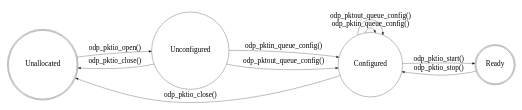
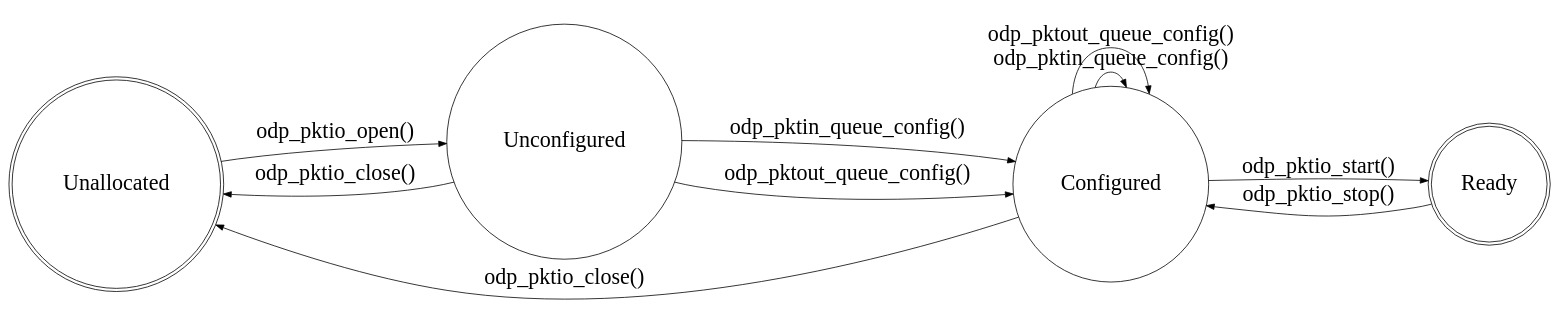
Before and after one commit to OpenDataPlane/odp: the diagram in doc/images/pktio_fsm.gv, drawn with Graphviz. The commit also changed 2 other files, not shown here.

```diff
--- a/doc/images/pktio_fsm.gv
+++ b/doc/images/pktio_fsm.gv
@@ -1,17 +1,16 @@
 digraph pktio_state_machine {
 	rankdir=LR;
-	size="9,12";
 	node [fontsize=28];
 	edge [fontsize=28];
 	node [shape=doublecircle]; Unallocated Ready;
 	node [shape=circle];
 	Unallocated -> Unconfigured [label="odp_pktio_open()"];
 	Unconfigured -> Unallocated [label="odp_pktio_close()"];
 	Unconfigured -> Configured [label="odp_pktin_queue_config()"];
 	Unconfigured -> Configured [label="odp_pktout_queue_config()"];
 	Configured -> Configured [label="odp_pktin_queue_config()"];
 	Configured -> Configured [label="odp_pktout_queue_config()"];
 	Configured -> Ready [label="odp_pktio_start()"];
 	Ready -> Configured [label="odp_pktio_stop()"];
 	Configured -> Unallocated [label="odp_pktio_close()"];
 }
```
